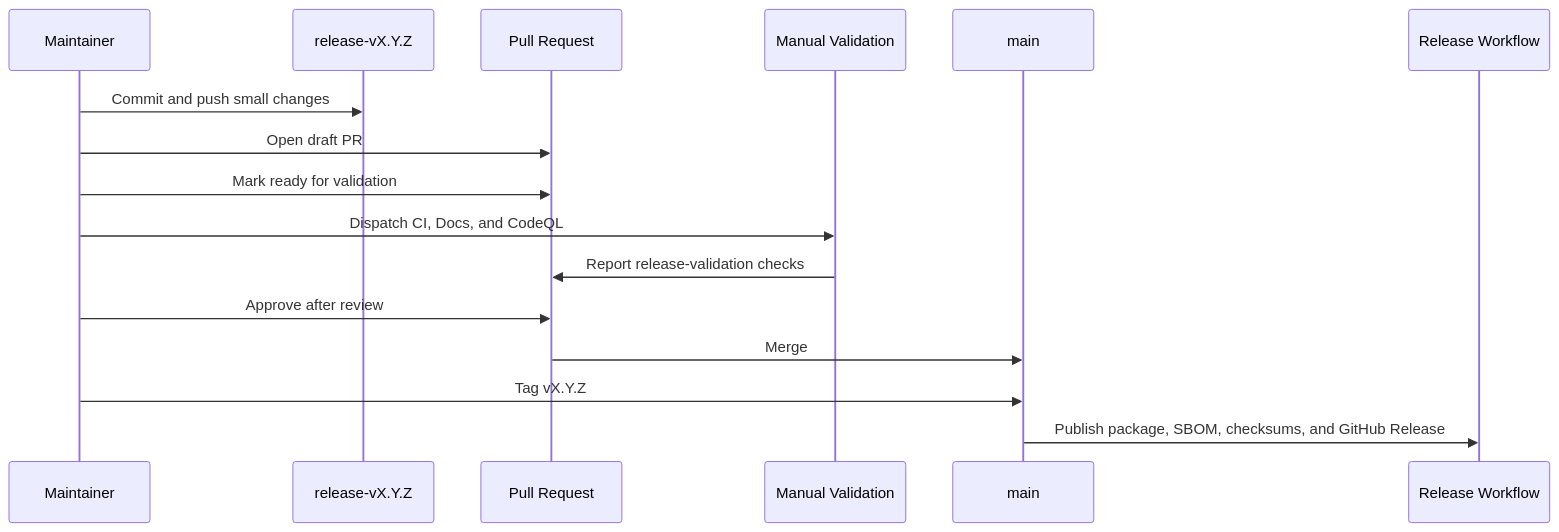
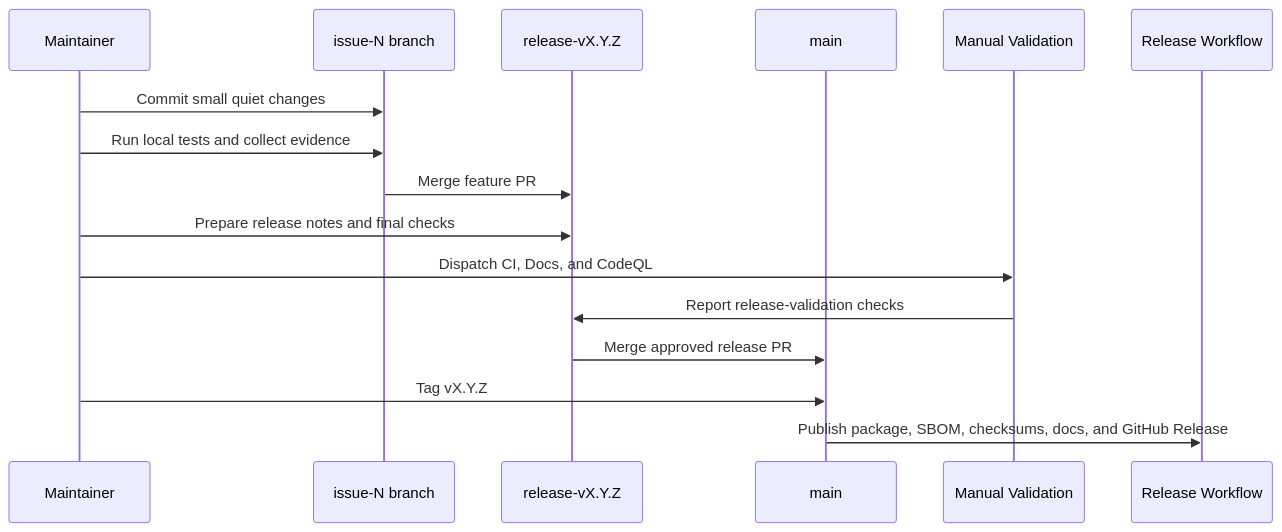
Before and after one commit to ProjectCuillin/nats-sinks: the second of 2 diagrams in docs/branch-workflow.md, drawn with Mermaid. The commit also changed other lines of this file and 10 other files, not shown here.

Commit message:
Document hierarchical release branch workflow

````diff
--- a/docs/branch-workflow.md
+++ b/docs/branch-workflow.md
@@ -132,19 +206,19 @@
 ```mermaid
 sequenceDiagram
     participant Maintainer
-    participant Branch as release-vX.Y.Z
-    participant PR as Pull Request
+    participant Feature as issue-N branch
+    participant ReleaseBranch as release-vX.Y.Z
+    participant Main as main
     participant Checks as Manual Validation
-    participant Main as main
     participant Release as Release Workflow
 
-    Maintainer->>Branch: Commit and push small changes
-    Maintainer->>PR: Open draft PR
-    Maintainer->>PR: Mark ready for validation
+    Maintainer->>Feature: Commit small quiet changes
+    Maintainer->>Feature: Run local tests and collect evidence
+    Feature->>ReleaseBranch: Merge feature PR
+    Maintainer->>ReleaseBranch: Prepare release notes and final checks
     Maintainer->>Checks: Dispatch CI, Docs, and CodeQL
-    Checks->>PR: Report release-validation checks
-    Maintainer->>PR: Approve after review
-    PR->>Main: Merge
+    Checks->>ReleaseBranch: Report release-validation checks
+    ReleaseBranch->>Main: Merge approved release PR
     Maintainer->>Main: Tag vX.Y.Z
-    Main->>Release: Publish package, SBOM, checksums, and GitHub Release
+    Main->>Release: Publish package, SBOM, checksums, docs, and GitHub Release
 ```
````
